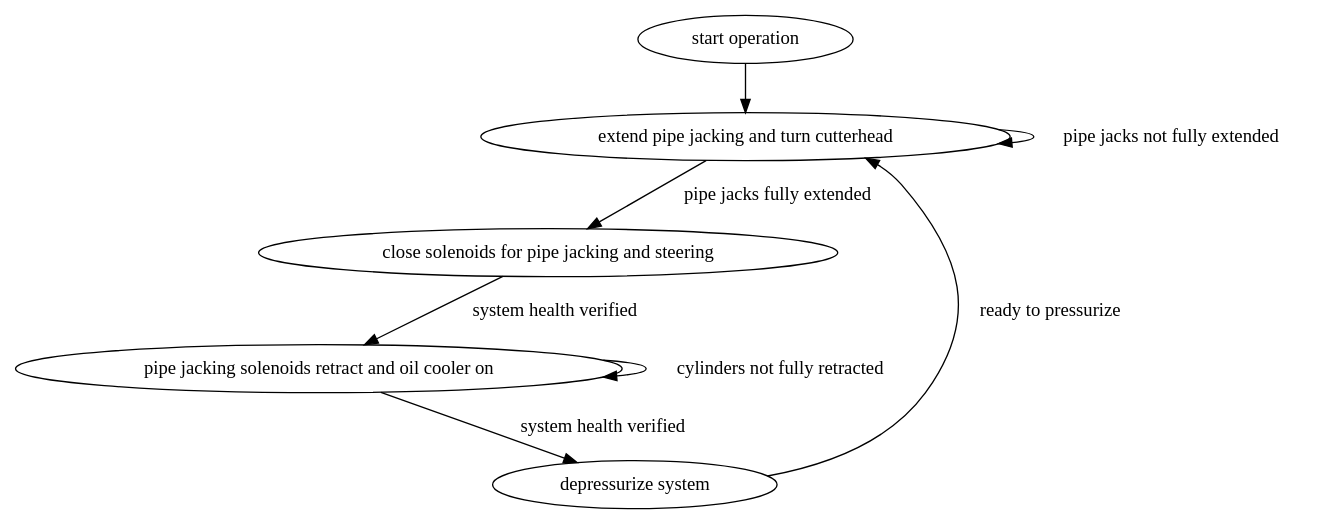
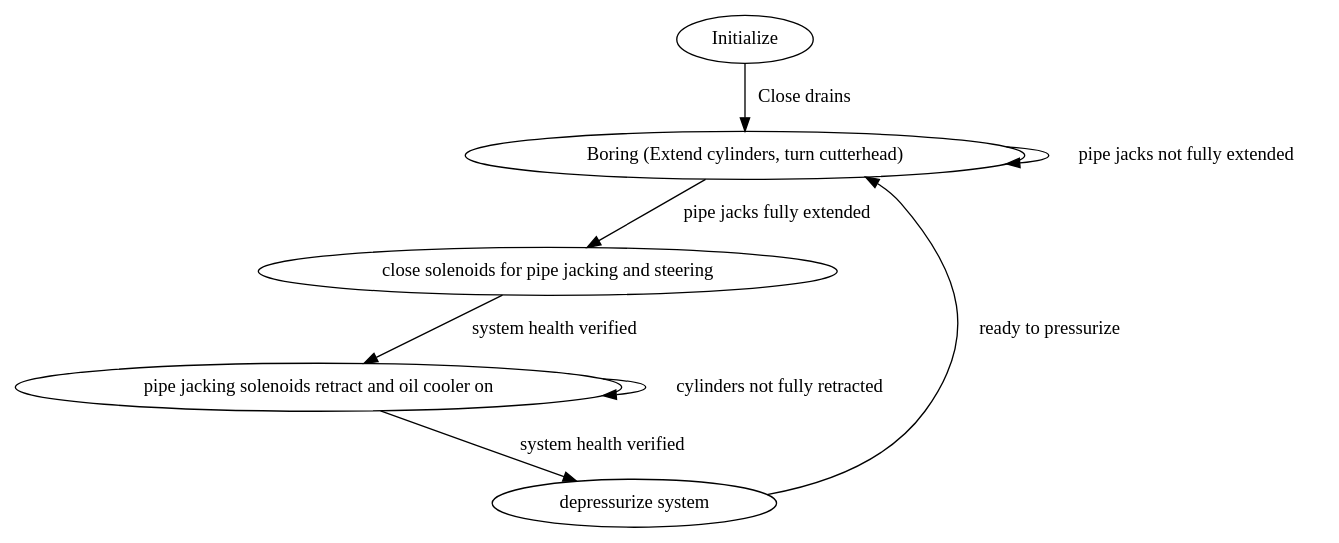
The diagram in tbm_2/hydraulics/hydraulics.dot (umdloop/state-machines), drawn with Graphviz before and after one commit. The commit also changed 4 other files, not shown here.

Commit message:
Update auger/EPB state diagrams

```diff
--- a/tbm_2/hydraulics/hydraulics.dot
+++ b/tbm_2/hydraulics/hydraulics.dot
@@ -1,15 +1,15 @@
 digraph hydraulics{
-    S00 [label="start operation"];
-    S01 [label="extend pipe jacking and turn cutterhead"];
+    S00 [label="Initialize"];
+    S01 [label="Boring (Extend cylinders, turn cutterhead)"];
     S02 [label="close solenoids for pipe jacking and steering"];
     S03 [label="pipe jacking solenoids retract and oil cooler on"];
     S04 [label="depressurize system"];
 
-    S00 -> S01;
+    S00 -> S01 [label="Close drains"];
     S01 -> S01 [label="pipe jacks not fully extended"];
     S01 -> S02 [label="pipe jacks fully extended"];
     S02 -> S03 [label="system health verified"];
     S03 -> S03 [label="cylinders not fully retracted"];
     S03 -> S04 [label="system health verified"];
     S04 -> S01 [label="ready to pressurize"];
 }
```
